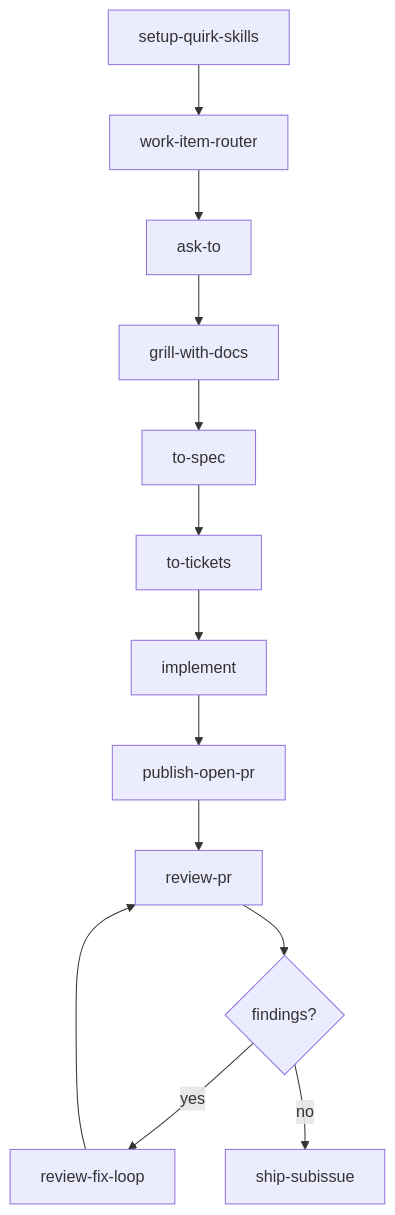
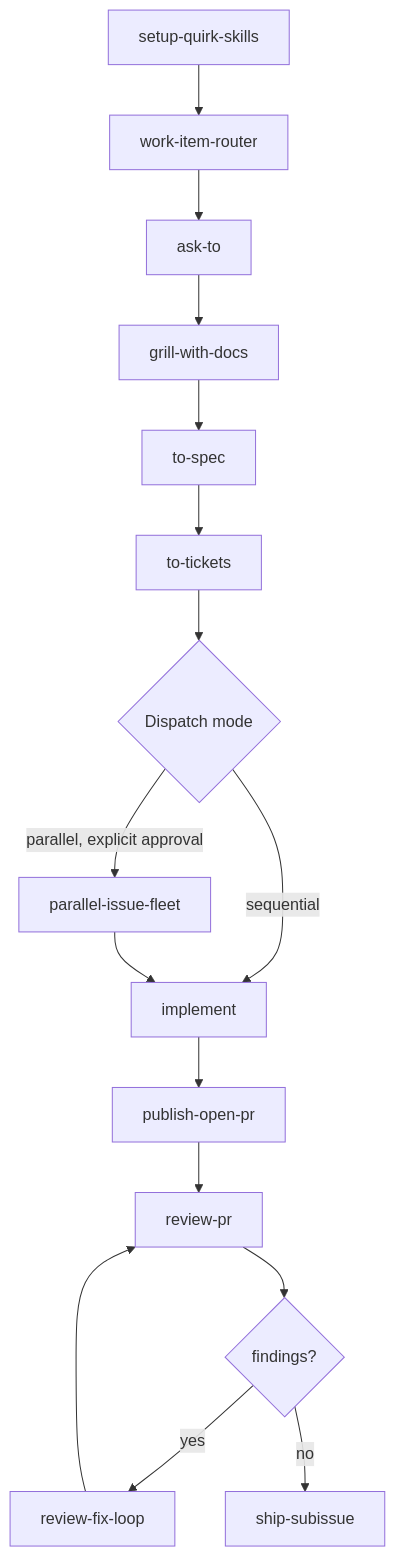
The first of 2 diagrams in README.md (quantumquirkxyz/skills-quirk), drawn with Mermaid before and after one commit. The commit also changed other lines of this file and 11 other files, not shown here.

````diff
--- a/README.md
+++ b/README.md
@@ -98,15 +98,18 @@
 ```mermaid
 flowchart TD
     A[setup-quirk-skills] --> B[work-item-router]
     B --> C[ask-to]
     C --> D[grill-with-docs]
     D --> E[to-spec]
     E --> F[to-tickets]
-    F --> G[implement]
+    F --> X{Dispatch mode}
+    X -->|sequential| G[implement]
+    X -->|parallel, explicit approval| Y[parallel-issue-fleet]
+    Y --> G
     G --> H[publish-open-pr]
     H --> I[review-pr]
     I --> J{findings?}
     J -->|yes| K[review-fix-loop]
     K --> I
     J -->|no| L[ship-subissue]
 ```
````
